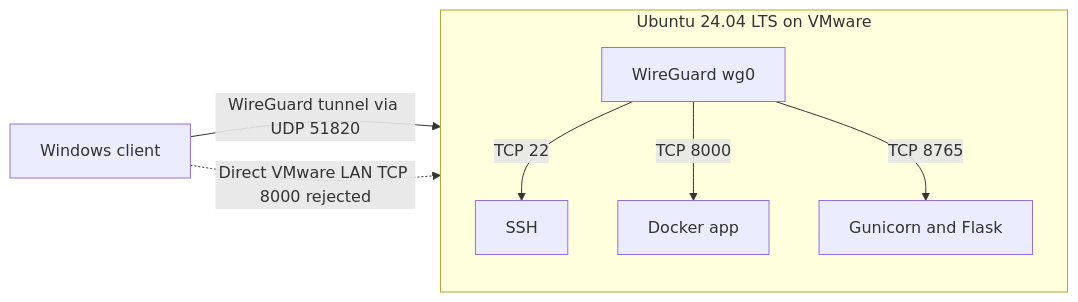
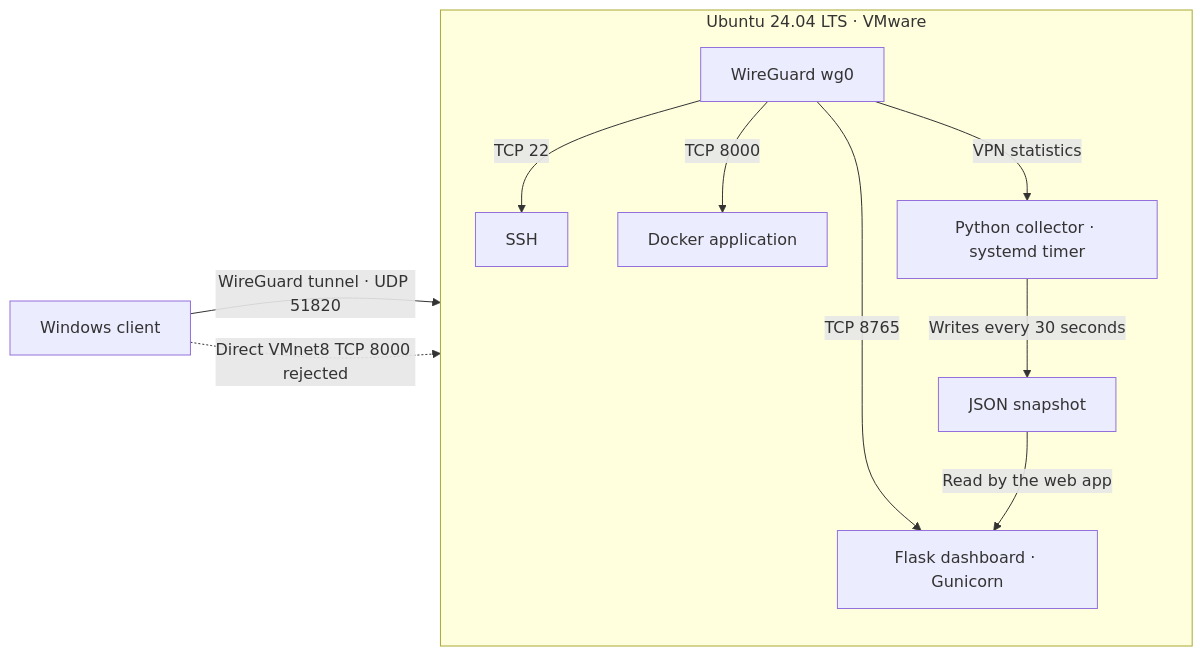
One commit to defrisdoloksaribu/wireguard-vpn-monitoring changed the diagram in README.md. Above: the diagram before and after it, drawn with Mermaid. The commit also changed other lines of this file, not shown here.

````diff
--- a/README.md
+++ b/README.md
@@ -11,16 +17,24 @@
 ```mermaid
 flowchart LR
     W["Windows client"]
-    subgraph VM["Ubuntu 24.04 LTS on VMware"]
+
+    subgraph VM["Ubuntu 24.04 LTS · VMware"]
         direction TB
         G["WireGuard wg0"]
         S["SSH"]
-        D["Docker app"]
-        M["Gunicorn and Flask"]
+        D["Docker application"]
+        M["Flask dashboard · Gunicorn"]
+        C["Python collector · systemd timer"]
+        J["JSON snapshot"]
+
         G -->|"TCP 22"| S
         G -->|"TCP 8000"| D
         G -->|"TCP 8765"| M
+        G -->|"VPN statistics"| C
+        C -->|"Writes every 30 seconds"| J
+        J -->|"Read by the web app"| M
     end
-    W -->|"WireGuard tunnel via UDP 51820"| G
-    W -.->|"Direct VMware LAN TCP 8000 rejected"| D
+
+    W -->|"WireGuard tunnel · UDP 51820"| G
+    W -.->|"Direct VMnet8 TCP 8000 rejected"| D
 ```
````
